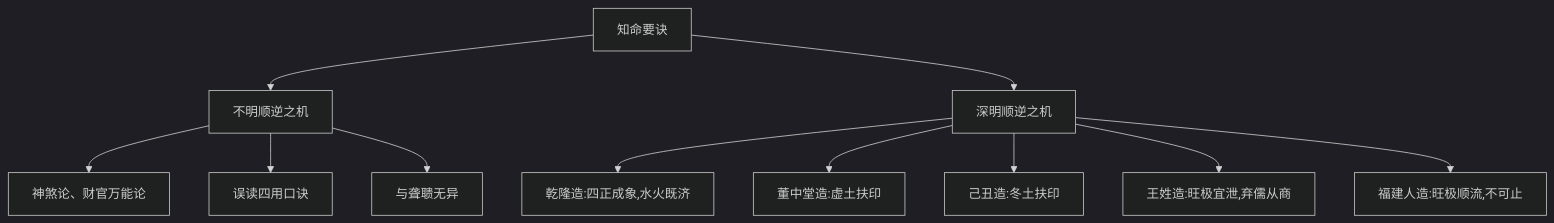
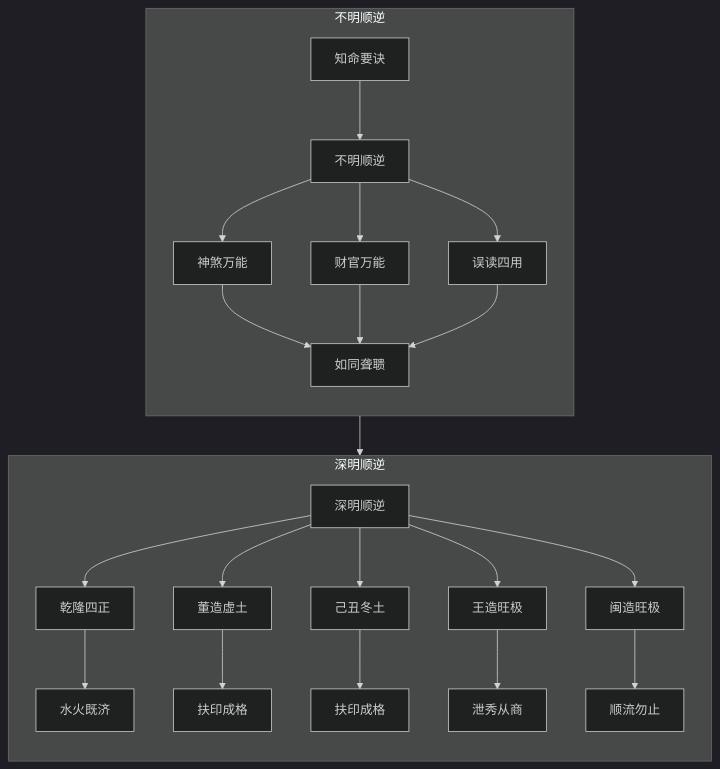
One commit to Banny-Gao/mingli-research changed the diagram in books/滴天髓阐微/articles/知命/interpretation.md. Above: the diagram before and after it, drawn with Mermaid (dark theme). The commit also changed 41 other files, not shown here.

````diff
--- a/books/滴天髓阐微/articles/知命/interpretation.md
+++ b/books/滴天髓阐微/articles/知命/interpretation.md
@@ -203,13 +203,30 @@
 ```mermaid
 flowchart TD
-    A[知命要诀] --> B[不明顺逆之机]
-    A --> C[深明顺逆之机]
-    B --> B1[神煞论、财官万能论]
-    B --> B2[误读四用口诀]
-    B --> B3[与聋聩无异]
-    C --> C1[乾隆造:四正成象,水火既济]
-    C --> C2[董中堂造:虚土扶印]
-    C --> C3[己丑造:冬土扶印]
-    C --> C4[王姓造:旺极宜泄,弃儒从商]
-    C --> C5[福建人造:旺极顺流,不可止]
+    A[知命要诀]
+
+    subgraph ERRORS["不明顺逆"]
+        direction TD
+        A --> B[不明顺逆]
+        B --> B1[神煞万能]
+        B --> B2[财官万能]
+        B --> B3[误读四用]
+        B1 --> B4[如同聋聩]
+        B2 --> B4
+        B3 --> B4
+    end
+
+    subgraph CASES["深明顺逆"]
+        direction TD
+        A --> C[深明顺逆]
+        C --> C1[乾隆四正]
+        C1 --> C1a[水火既济]
+        C --> C2[董造虚土]
+        C2 --> C2a[扶印成格]
+        C --> C3[己丑冬土]
+        C3 --> C3a[扶印成格]
+        C --> C4[王造旺极]
+        C4 --> C4a[泄秀从商]
+        C --> C5[闽造旺极]
+        C5 --> C5a[顺流勿止]
+    end
 ```
````
